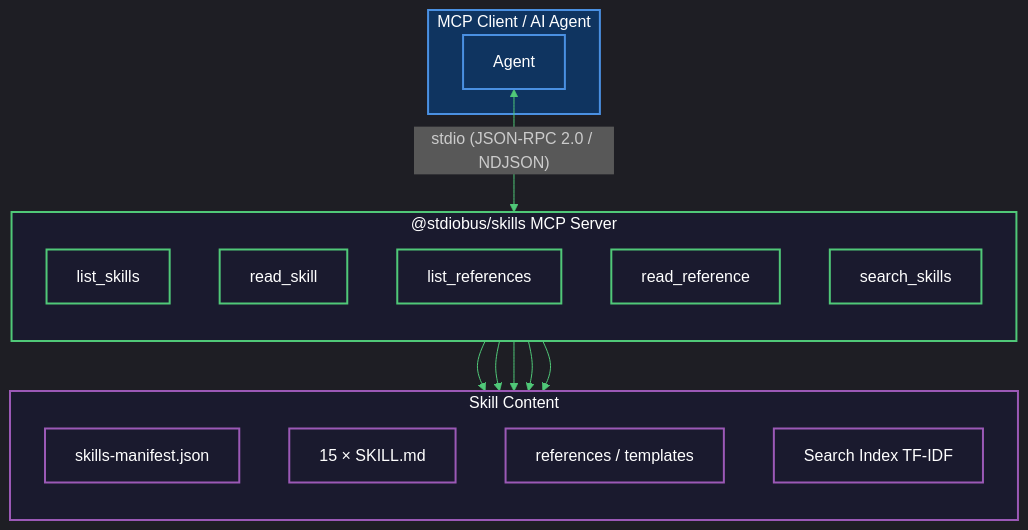
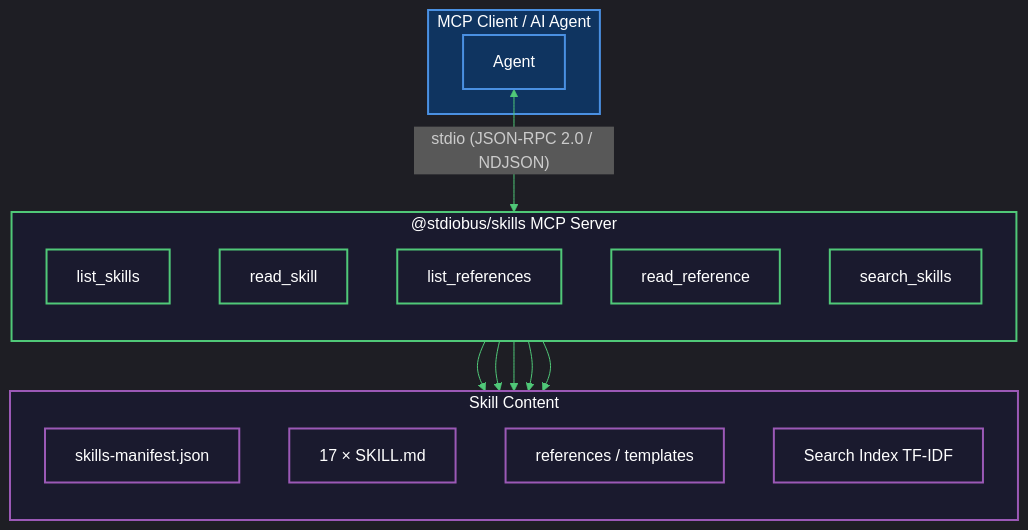
Before and after one commit to stdiobus/skills: the fifth of 7 diagrams in README.md, drawn with Mermaid. The commit also changed other lines of this file, not shown here.

First line of the commit message:
docs(skills): update skill count from 15 to 17

````diff
--- a/README.md
+++ b/README.md
@@ -493,43 +493,43 @@
 ```mermaid
 %%{init: {'theme':'dark', 'themeVariables':{'primaryColor':'#1a1a2e','primaryTextColor':'#fff','primaryBorderColor':'#4a90e2','lineColor':'#50c878','secondaryColor':'#16213e','tertiaryColor':'#0f3460'}}}%%
 flowchart TB
   subgraph CLIENT["MCP Client / AI Agent"]
     AG[Agent]
   end
 
   subgraph SERVER["@stdiobus/skills MCP Server"]
     direction TB
     LS[list_skills]
     RS[read_skill]
     LR[list_references]
     RR[read_reference]
     SS[search_skills]
   end
 
   subgraph CONTENT["Skill Content"]
     direction TB
     MF[skills-manifest.json]
-    SK[15 × SKILL.md]
+    SK[17 × SKILL.md]
     RF[references / templates]
     SI[Search Index TF-IDF]
   end
 
   AG <-->|"stdio (JSON-RPC 2.0 / NDJSON)"| SERVER
   LS --> MF
   RS --> SK
   LR --> RF
   RR --> RF
   SS --> SI
 
   style CLIENT fill:#0f3460,stroke:#4a90e2,stroke-width:2px,color:#fff
   style SERVER fill:#1a1a2e,stroke:#50c878,stroke-width:2px,color:#fff
   style CONTENT fill:#1a1a2e,stroke:#9b59b6,stroke-width:2px,color:#fff
 
   classDef clientNode fill:#0f3460,stroke:#4a90e2,stroke-width:2px,color:#fff
   classDef serverNode fill:#1a1a2e,stroke:#50c878,stroke-width:2px,color:#fff
   classDef contentNode fill:#1a1a2e,stroke:#9b59b6,stroke-width:2px,color:#fff
 
   class AG clientNode
   class LS,RS,LR,RR,SS serverNode
   class MF,SK,RF,SI contentNode
 ```
````
